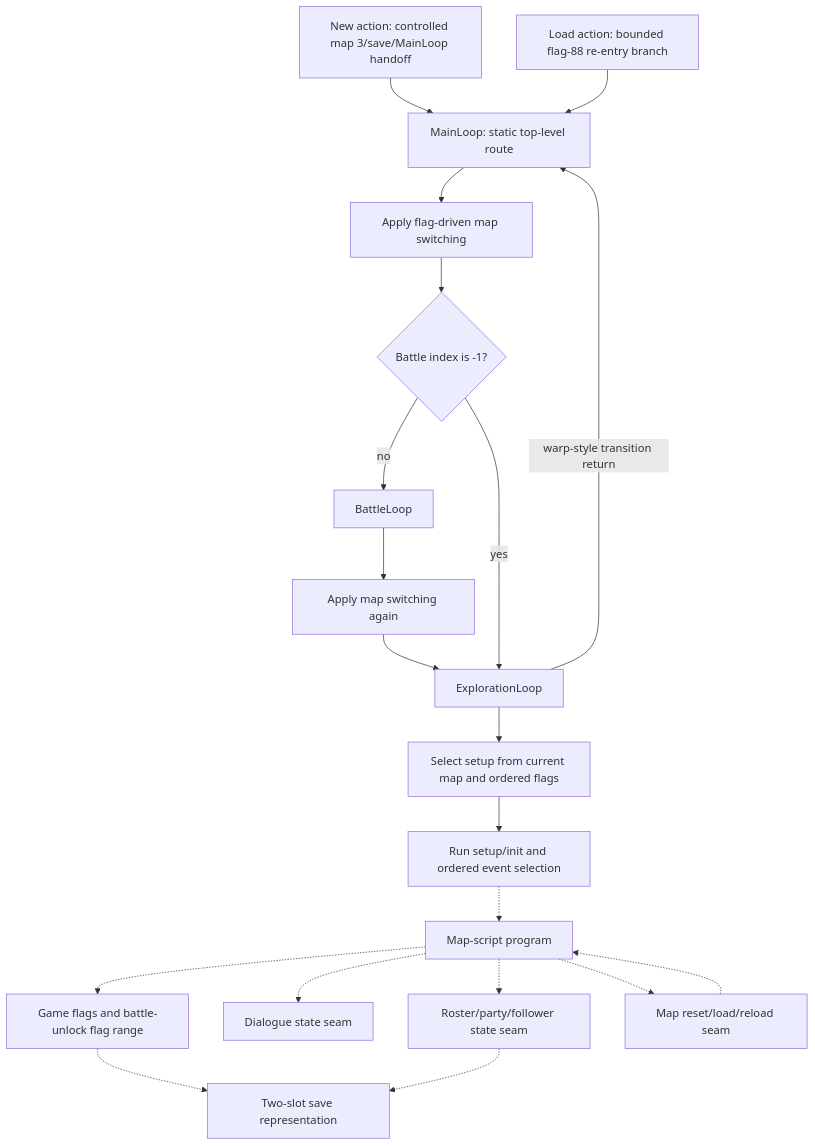
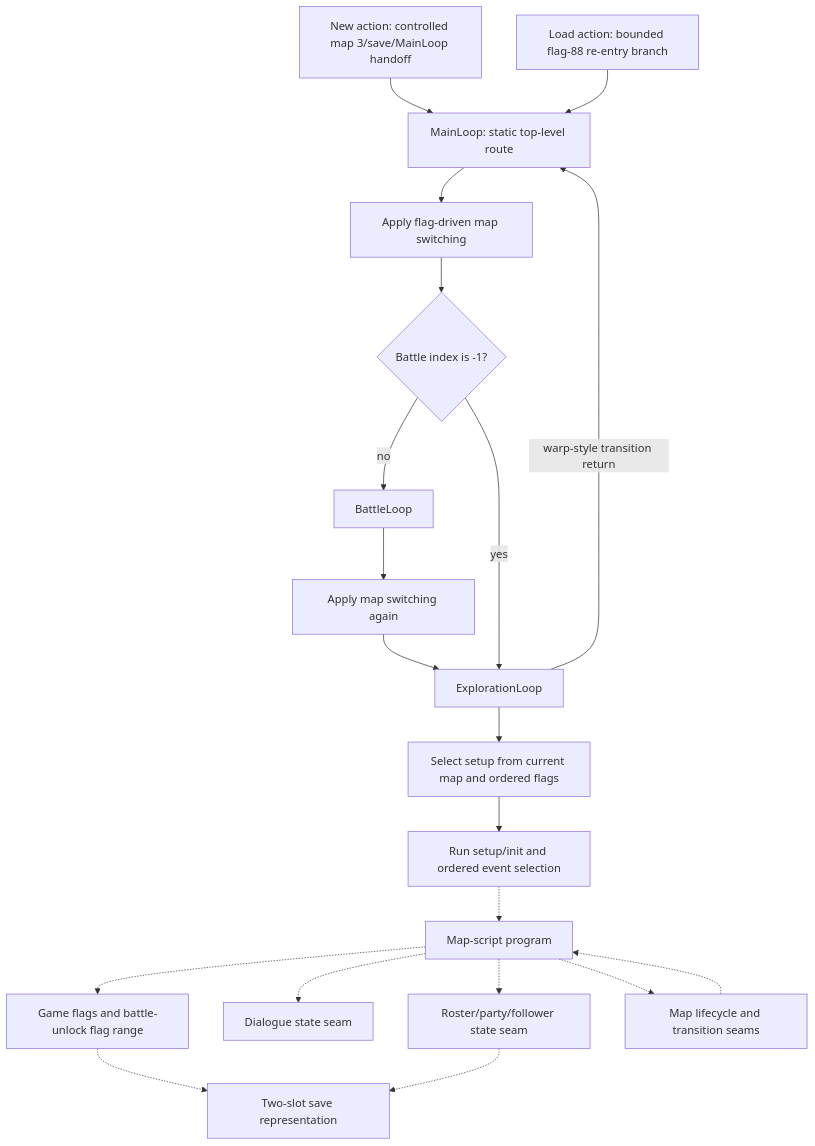
The diagram in docs/design/story-progression.md (FrankHZ/md-sf2-reverse-engineering), drawn with Mermaid before and after one commit. The commit also changed other lines of this file, not shown here.

Commit message:
docs: consume transition runtime evidence

````diff
--- a/docs/design/story-progression.md
+++ b/docs/design/story-progression.md
@@ -78,22 +84,22 @@
 ```mermaid
 flowchart TD
     New["New action: controlled map 3/save/MainLoop handoff"] --> Main["MainLoop: static top-level route"]
     Load["Load action: bounded flag-88 re-entry branch"] --> Main
     Main --> Switch["Apply flag-driven map switching"]
     Switch --> BattleGate{"Battle index is -1?"}
     BattleGate -->|"no"| Battle["BattleLoop"]
     Battle --> PostBattle["Apply map switching again"]
     PostBattle --> Explore["ExplorationLoop"]
     BattleGate -->|"yes"| Explore
     Explore --> Setup["Select setup from current map and ordered flags"]
     Setup --> Event["Run setup/init and ordered event selection"]
     Event -.-> Script["Map-script program"]
     Script -.-> Flags["Game flags and battle-unlock flag range"]
     Script -.-> Dialogue["Dialogue state seam"]
     Script -.-> Roster["Roster/party/follower state seam"]
-    Script -.-> Lifecycle["Map reset/load/reload seam"]
+    Script -.-> Lifecycle["Map lifecycle and transition seams"]
     Lifecycle -.-> Script
     Explore -->|"warp-style transition return"| Main
     Flags -.-> Save["Two-slot save representation"]
     Roster -.-> Save
 ```
````
